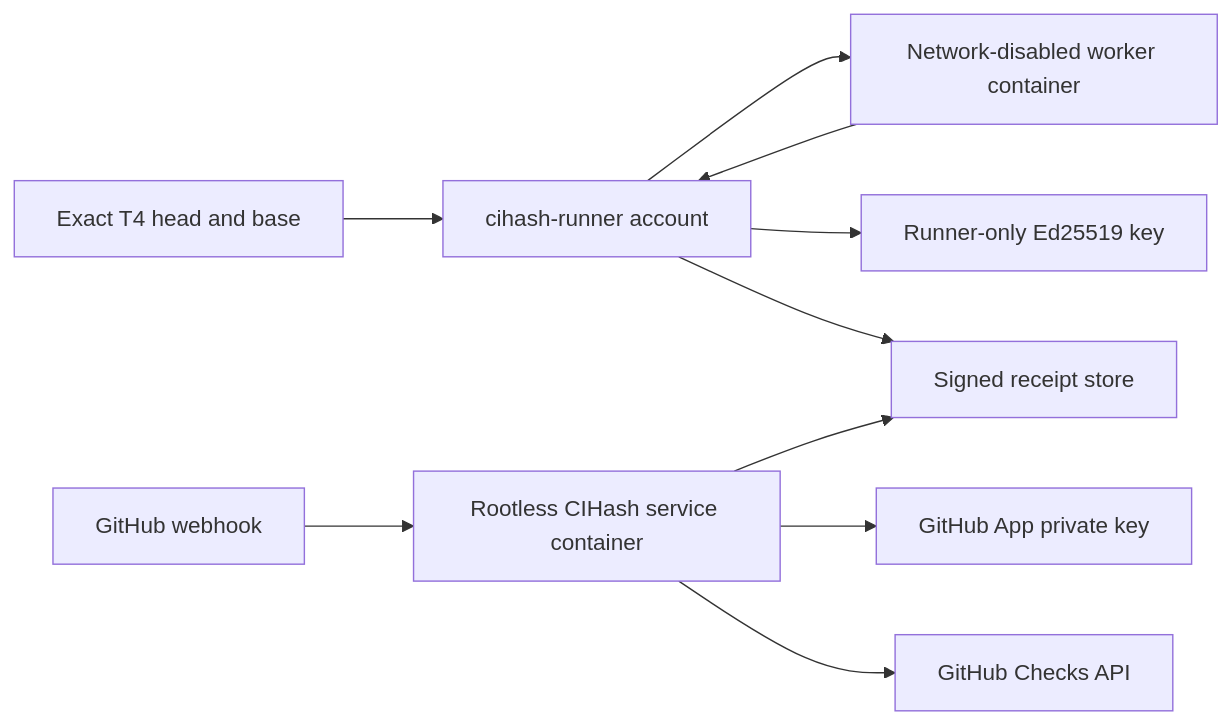
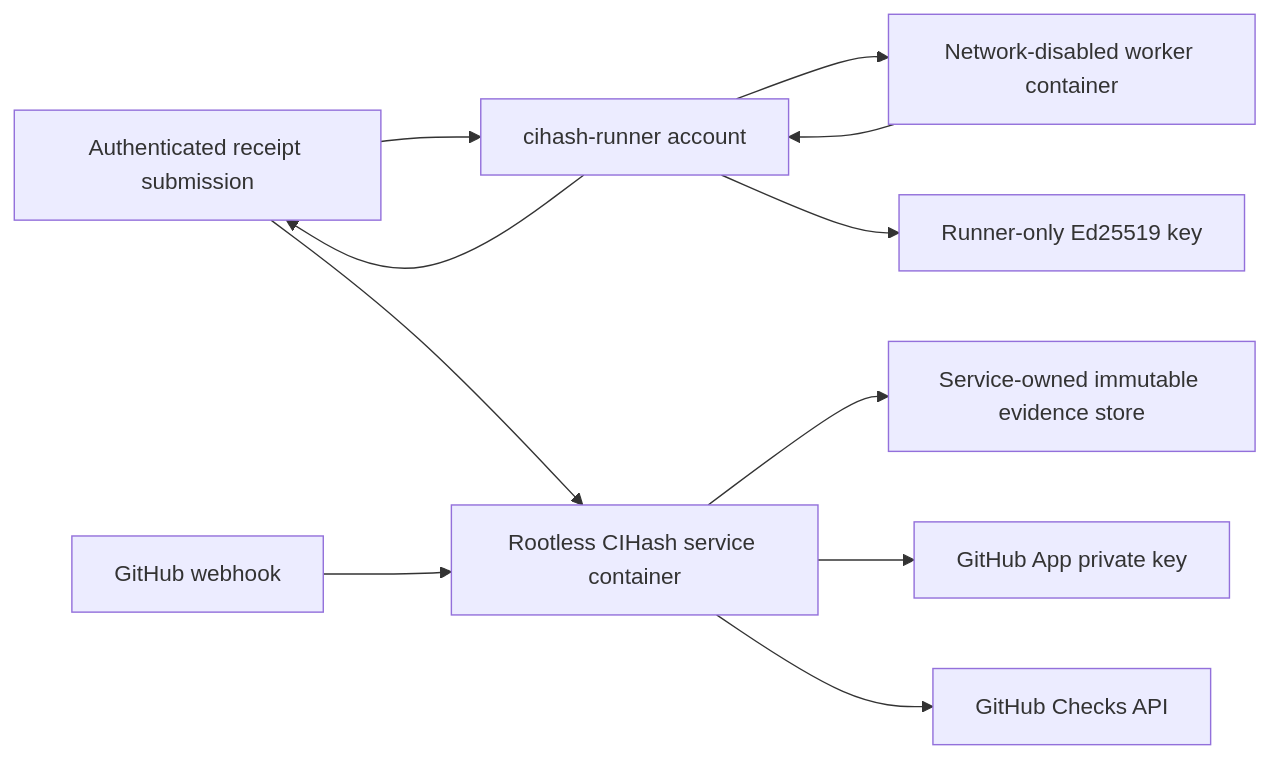
One commit to wolfiesch/cihash changed the diagram in docs/t4-shadow-runbook.md. Above: the diagram before and after it, drawn with Mermaid. The commit also changed other lines of this file and 39 other files, not shown here.

````diff
--- a/docs/t4-shadow-runbook.md
+++ b/docs/t4-shadow-runbook.md
@@ -34,12 +34,13 @@
 ```mermaid
 flowchart LR
     A[Exact T4 head and base] --> R[cihash-runner account]
     R --> W[Network-disabled worker container]
     W --> R
     R --> K[Runner-only Ed25519 key]
-    R --> S[Signed receipt store]
-    G[GitHub webhook] --> C[Rootless CIHash service container]
-    C --> S
+    R --> A[Authenticated receipt submission]
+    A --> C[Rootless CIHash service container]
+    G[GitHub webhook] --> C
+    C --> S[Service-owned immutable evidence store]
     C --> P[GitHub App private key]
     C --> H[GitHub Checks API]
 ```
````
